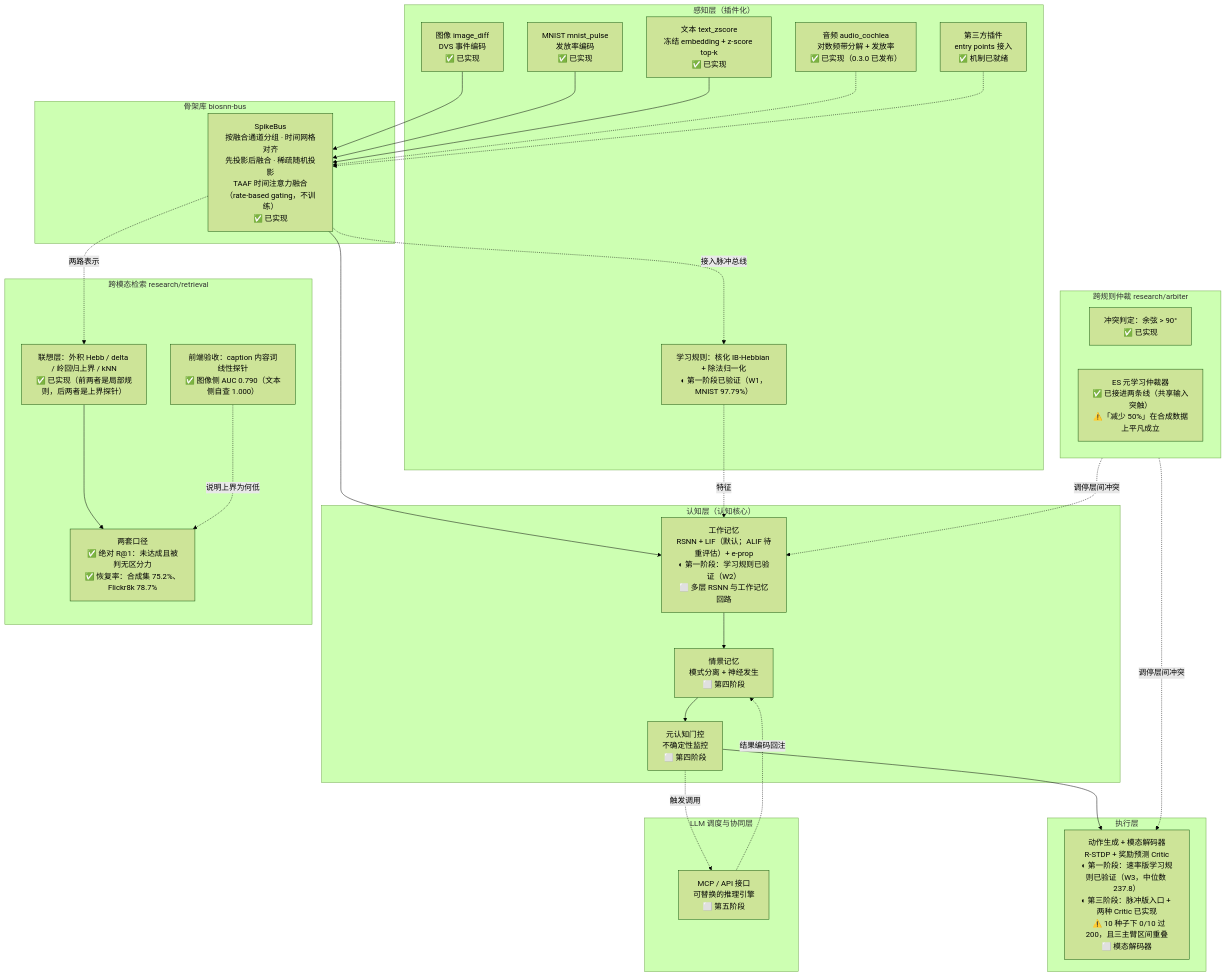
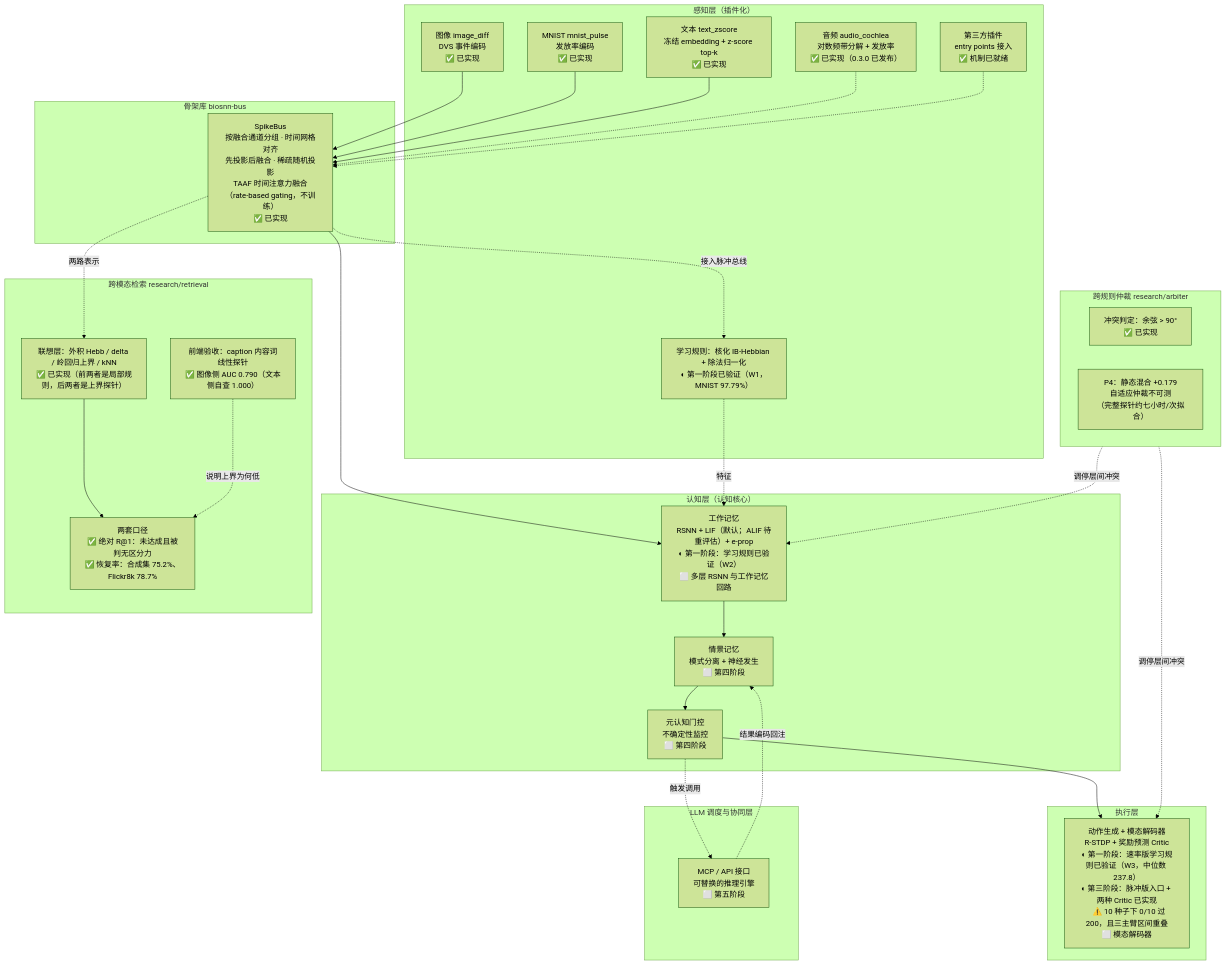
One commit to lzmd-arch/BioSNN-Plug changed the diagram in README.md. Above: the diagram before and after it, drawn with Mermaid (forest theme). The commit also changed other lines of this file and 4 other files, not shown here.

````diff
--- a/README.md
+++ b/README.md
@@ -122,61 +122,61 @@
 ```mermaid
 flowchart TB
     subgraph L5["LLM 调度与协同层"]
         MCP["MCP / API 接口<br/>可替换的推理引擎<br/>⬜ 第五阶段"]
     end
 
     subgraph L4["执行层"]
         ACT["动作生成 + 模态解码器<br/>R-STDP + 奖励预测 Critic<br/>◐ 第一阶段：速率版学习规则已验证（W3，中位数 237.8）<br/>◐ 第三阶段：脉冲版入口 + 两种 Critic 已实现<br/>&nbsp;&nbsp;&nbsp;⚠️ 10 种子下 0/10 过 200，且三主臂区间重叠<br/>⬜ 模态解码器"]
     end
 
     subgraph L3["认知层（认知核心）"]
         WM["工作记忆<br/>RSNN + LIF（默认；ALIF 待重评估）+ e-prop<br/>◐ 第一阶段：学习规则已验证（W2）<br/>⬜ 多层 RSNN 与工作记忆回路"]
         EM["情景记忆<br/>模式分离 + 神经发生<br/>⬜ 第四阶段"]
         MG["元认知门控<br/>不确定性监控<br/>⬜ 第四阶段"]
     end
 
     subgraph ARB["跨规则仲裁 research/arbiter"]
         CF["冲突判定：余弦 > 90°<br/>✅ 已实现"]
-        ES["ES 元学习仲裁器<br/>✅ 已接进两条线（共享输入突触）<br/>⚠️「减少 50%」在合成数据上平凡成立"]
+        ES["P4：静态混合 +0.179<br/>自适应仲裁不可测<br/>（完整探针约七小时/次拟合）"]
     end
 
     subgraph L2["骨架库 biosnn-bus"]
         BUS["SpikeBus<br/>按融合通道分组 · 时间网格对齐<br/>先投影后融合 · 稀疏随机投影<br/>TAAF 时间注意力融合（rate-based gating，不训练）<br/>✅ 已实现"]
     end
 
     subgraph L1["感知层（插件化）"]
         IMG["图像 image_diff<br/>DVS 事件编码<br/>✅ 已实现"]
         MN["MNIST mnist_pulse<br/>发放率编码<br/>✅ 已实现"]
         TXT["文本 text_zscore<br/>冻结 embedding + z-score top-k<br/>✅ 已实现"]
         AUD["音频 audio_cochlea<br/>对数频带分解 + 发放率<br/>✅ 已实现（0.3.0 已发布）"]
         THIRD["第三方插件<br/>entry points 接入<br/>✅ 机制已就绪"]
         HEB["学习规则：核化 IB-Hebbian + 除法归一化<br/>◐ 第一阶段已验证（W1，MNIST 97.79%）"]
     end
 
     IMG --> BUS
     MN --> BUS
     TXT --> BUS
     AUD -.-> BUS
     THIRD -.-> BUS
 
     BUS --> WM
     BUS -.->|接入脉冲总线| HEB
     HEB -.->|特征| WM
     WM --> EM
     EM --> MG
     MG --> ACT
     MG -.->|触发调用| MCP
     MCP -.->|结果编码回注| EM
     ARB -.->|调停层间冲突| WM
     ARB -.->|调停层间冲突| ACT
 
     subgraph W4["跨模态检索 research/retrieval"]
         FAC["联想层：外积 Hebb / delta / 岭回归上界 / kNN<br/>✅ 已实现（前两者是局部规则，后两者是上界探针）"]
         CRIT["两套口径<br/>✅ 绝对 R@1：未达成且被判无区分力<br/>✅ 恢复率：合成集 75.2%、Flickr8k 78.7%"]
         FE["前端验收：caption 内容词线性探针<br/>✅ 图像侧 AUC 0.790（文本侧自查 1.000）"]
     end
 
     BUS -.->|两路表示| FAC
     FAC --> CRIT
     FE -.->|说明上界为何低| CRIT
 ```
````
